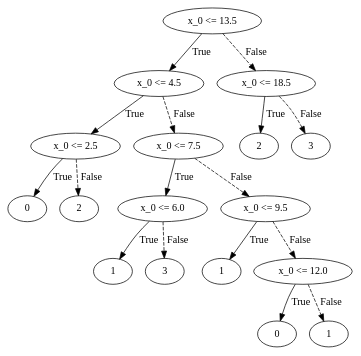
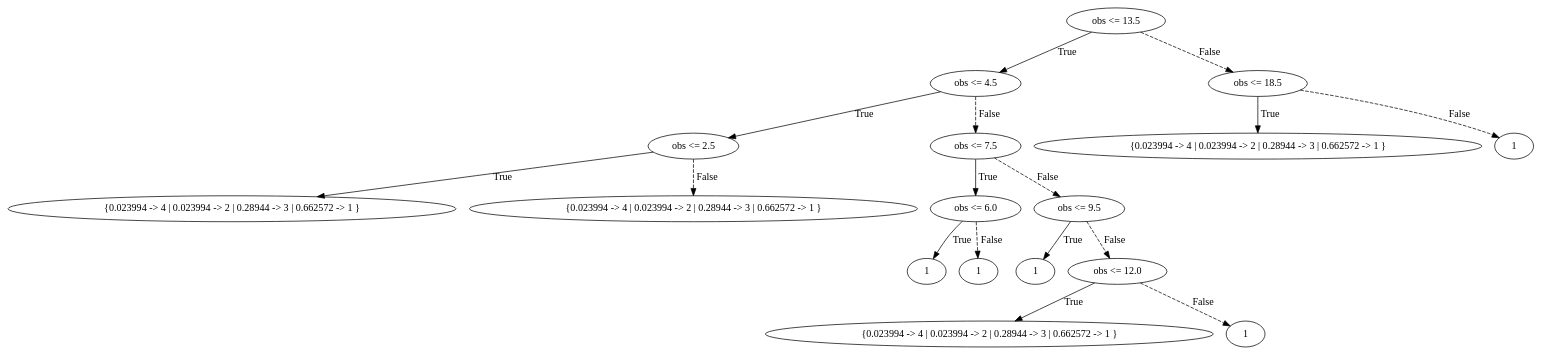
The diagram in quantitative/explainable-fsc/hallway-cutoffstrategy/schedulers/36/default.dot (muqsit-azeem/pomdp-explainable-strategies), drawn with Graphviz before and after one commit. The commit also changed 1006 other files, not shown here.

```diff
--- a/quantitative/explainable-fsc/hallway-cutoffstrategy/schedulers/36/default.dot
+++ b/quantitative/explainable-fsc/hallway-cutoffstrategy/schedulers/36/default.dot
@@ -1,36 +1,36 @@
 digraph {
-0 [label="x_0 <= 13.5"];
-1 [label="x_0 <= 4.5"];
-2 [label="x_0 <= 2.5"];
-3 [label="0"];
+0 [label="obs <= 13.5"];
+1 [label="obs <= 4.5"];
+2 [label="obs <= 2.5"];
+3 [label="{0.023994 -> 4 | 0.023994 -> 2 | 0.28944 -> 3 | 0.662572 -> 1 }"];
 2 -> 3 [label="True"];
-4 [label="2"];
+4 [label="{0.023994 -> 4 | 0.023994 -> 2 | 0.28944 -> 3 | 0.662572 -> 1 }"];
 2 -> 4 [style="dashed", label="False"];
 1 -> 2 [label="True"];
-5 [label="x_0 <= 7.5"];
-6 [label="x_0 <= 6.0"];
+5 [label="obs <= 7.5"];
+6 [label="obs <= 6.0"];
 7 [label="1"];
 6 -> 7 [label="True"];
-8 [label="3"];
+8 [label="1"];
 6 -> 8 [style="dashed", label="False"];
 5 -> 6 [label="True"];
-9 [label="x_0 <= 9.5"];
+9 [label="obs <= 9.5"];
 10 [label="1"];
 9 -> 10 [label="True"];
-11 [label="x_0 <= 12.0"];
-12 [label="0"];
+11 [label="obs <= 12.0"];
+12 [label="{0.023994 -> 4 | 0.023994 -> 2 | 0.28944 -> 3 | 0.662572 -> 1 }"];
 11 -> 12 [label="True"];
 13 [label="1"];
 11 -> 13 [style="dashed", label="False"];
 9 -> 11 [style="dashed", label="False"];
 5 -> 9 [style="dashed", label="False"];
 1 -> 5 [style="dashed", label="False"];
 0 -> 1 [label="True"];
-14 [label="x_0 <= 18.5"];
-15 [label="2"];
+14 [label="obs <= 18.5"];
+15 [label="{0.023994 -> 4 | 0.023994 -> 2 | 0.28944 -> 3 | 0.662572 -> 1 }"];
 14 -> 15 [label="True"];
-16 [label="3"];
+16 [label="1"];
 14 -> 16 [style="dashed", label="False"];
 0 -> 14 [style="dashed", label="False"];
 
 }
```
